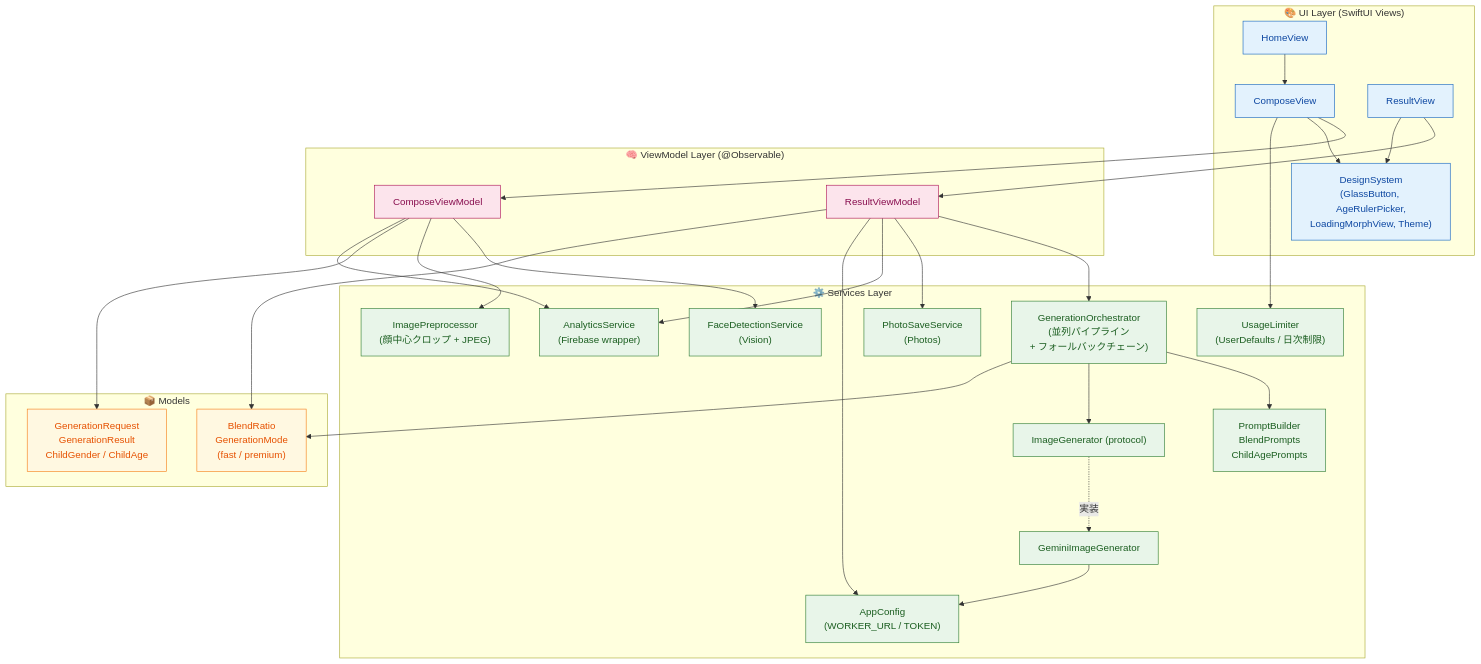
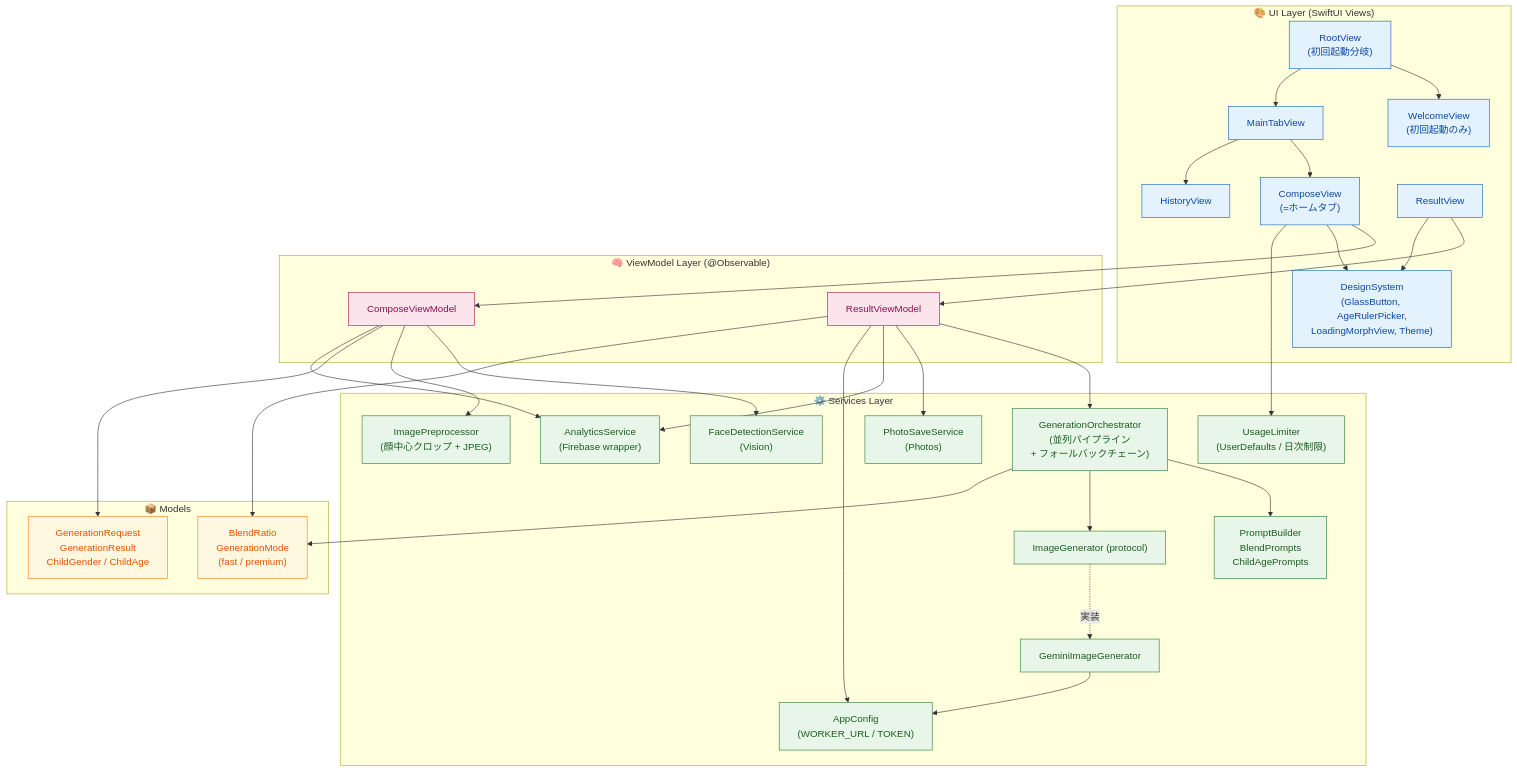
One commit to hiro0211/TwinMirror changed the second of 5 diagrams in docs/architecture.md. Above: the diagram before and after it, drawn with Mermaid. The commit also changed 17 other files, not shown here.

````diff
--- a/docs/architecture.md
+++ b/docs/architecture.md
@@ -69,66 +69,72 @@
 ```mermaid
 flowchart TB
     subgraph UI["🎨 UI Layer (SwiftUI Views)"]
-        Home["HomeView"]
-        Compose["ComposeView"]
+        Root["RootView<br/>(初回起動分岐)"]
+        Welcome["WelcomeView<br/>(初回起動のみ)"]
+        Tab["MainTabView"]
+        Compose["ComposeView<br/>(=ホームタブ)"]
+        History["HistoryView"]
         Result["ResultView"]
         DS["DesignSystem<br/>(GlassButton, AgeRulerPicker,<br/>LoadingMorphView, Theme)"]
     end
 
     subgraph VM["🧠 ViewModel Layer (@Observable)"]
         ComposeVM["ComposeViewModel"]
         ResultVM["ResultViewModel"]
     end
 
     subgraph Models["📦 Models"]
         GenReq["GenerationRequest<br/>GenerationResult<br/>ChildGender / ChildAge"]
         Blend["BlendRatio<br/>GenerationMode<br/>(fast / premium)"]
     end
 
     subgraph Services["⚙️ Services Layer"]
         Orch["GenerationOrchestrator<br/>(並列パイプライン<br/>+ フォールバックチェーン)"]
         GenAbs["ImageGenerator (protocol)"]
         Gemini["GeminiImageGenerator"]
         Prompt["PromptBuilder<br/>BlendPrompts<br/>ChildAgePrompts"]
         Pre["ImagePreprocessor<br/>(顔中心クロップ + JPEG)"]
         Face["FaceDetectionService<br/>(Vision)"]
         Save["PhotoSaveService<br/>(Photos)"]
         Limit["UsageLimiter<br/>(UserDefaults / 日次制限)"]
         Cfg["AppConfig<br/>(WORKER_URL / TOKEN)"]
         Ana["AnalyticsService<br/>(Firebase wrapper)"]
     end
 
-    Home --> Compose
+    Root --> Welcome
+    Root --> Tab
+    Tab --> Compose
+    Tab --> History
     Compose --> ComposeVM
     Compose --> DS
     Result --> ResultVM
     Result --> DS
 
     ComposeVM --> Face
     ComposeVM --> Pre
     ComposeVM --> GenReq
     ComposeVM --> Ana
 
     ResultVM --> Orch
     ResultVM --> Save
     ResultVM --> Ana
     ResultVM --> Cfg
 
     Orch --> Prompt
     Orch --> GenAbs
     GenAbs -.実装.-> Gemini
     Gemini --> Cfg
 
     Compose --> Limit
     ResultVM --> Blend
     Orch --> Blend
 
     classDef ui fill:#e3f2fd,stroke:#1565c0,color:#0d47a1
     classDef vm fill:#fce4ec,stroke:#ad1457,color:#880e4f
     classDef model fill:#fff8e1,stroke:#f57f17,color:#e65100
     classDef svc fill:#e8f5e9,stroke:#2e7d32,color:#1b5e20
-    class Home,Compose,Result,DS ui
+    class Root,Welcome,Tab,Compose,History,Result,DS ui
     class ComposeVM,ResultVM vm
     class GenReq,Blend model
     class Orch,GenAbs,Gemini,Prompt,Pre,Face,Save,Limit,Cfg,Ana svc
 ```
````
